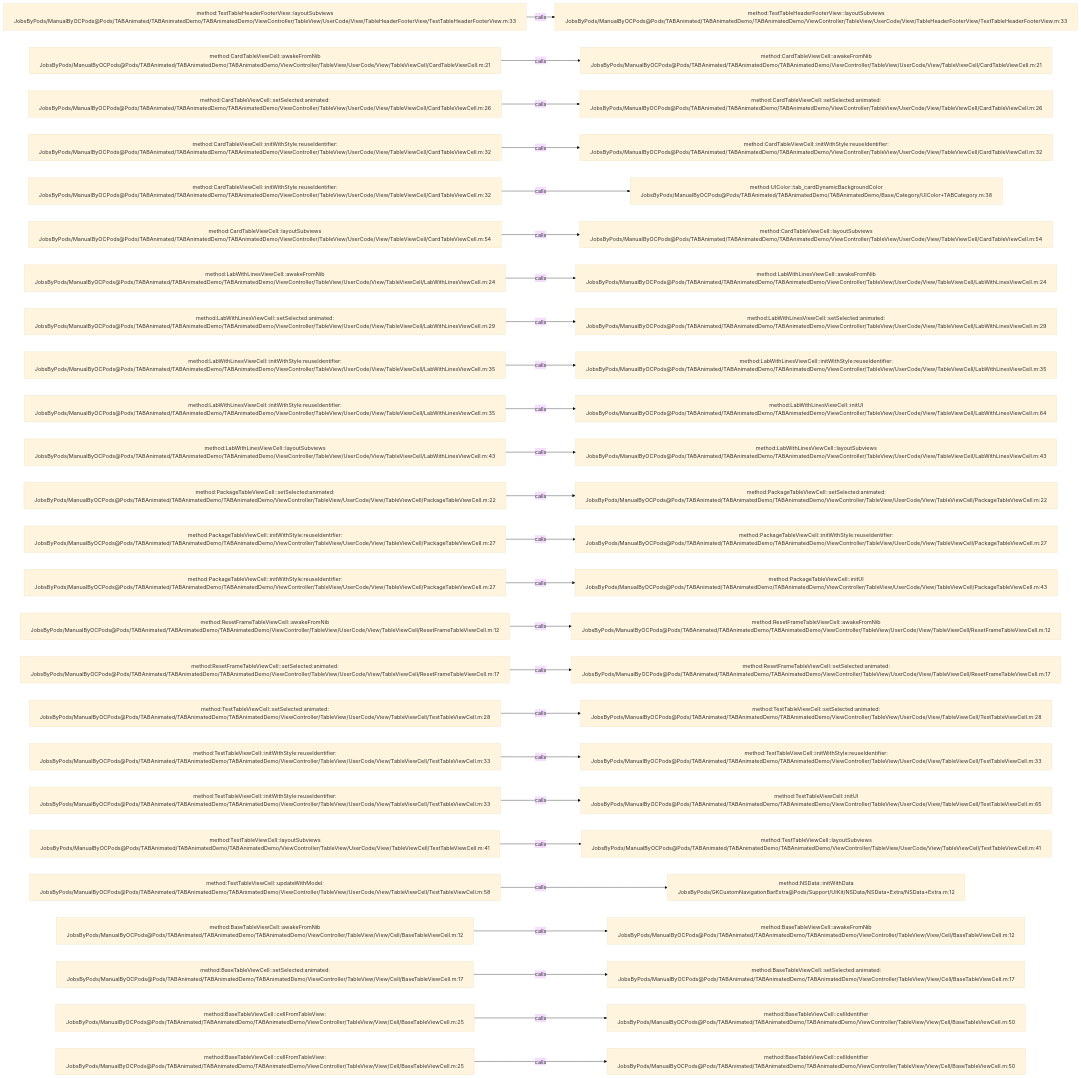
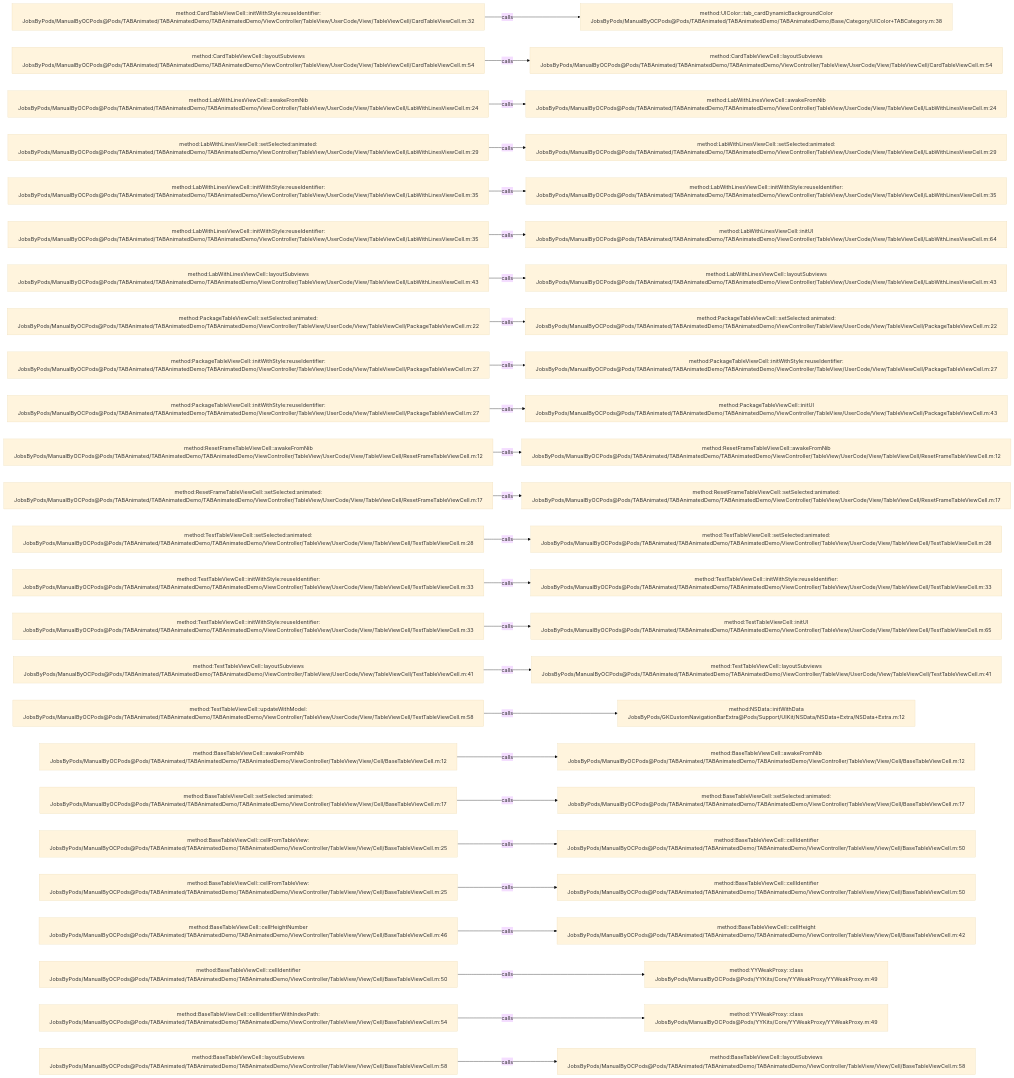
Before and after one commit to JobsKits/JobsOCBaseConfigDemo: the diagram in .codegraph/codegraph.md/graphs/calls-064.md, drawn with Mermaid (base theme). The commit also changed 727 other files, not shown here.

````diff
--- a/.codegraph/codegraph.md/graphs/calls-064.md
+++ b/.codegraph/codegraph.md/graphs/calls-064.md
@@ -13,78 +13,78 @@
 ```mermaid
 flowchart LR
-  S1["method:TestTableHeaderFooterView::layoutSubviews<br/>JobsByPods/ManualByOCPods@Pods/TABAnimated/TABAnimatedDemo/TABAnimatedDemo/ViewController/TableView/UserCode/View/TableHeaderFooterView/TestTableHeaderFooterView.m:33"]
-  T1["method:TestTableHeaderFooterView::layoutSubviews<br/>JobsByPods/ManualByOCPods@Pods/TABAnimated/TABAnimatedDemo/TABAnimatedDemo/ViewController/TableView/UserCode/View/TableHeaderFooterView/TestTableHeaderFooterView.m:33"]
+  S1["method:CardTableViewCell::initWithStyle:reuseIdentifier:<br/>JobsByPods/ManualByOCPods@Pods/TABAnimated/TABAnimatedDemo/TABAnimatedDemo/ViewController/TableView/UserCode/View/TableViewCell/CardTableViewCell.m:32"]
+  T1["method:UIColor::tab_cardDynamicBackgroundColor<br/>JobsByPods/ManualByOCPods@Pods/TABAnimated/TABAnimatedDemo/TABAnimatedDemo/Base/Category/UIColor+TABCategory.m:38"]
   S1 -->|calls| T1
-  S2["method:CardTableViewCell::awakeFromNib<br/>JobsByPods/ManualByOCPods@Pods/TABAnimated/TABAnimatedDemo/TABAnimatedDemo/ViewController/TableView/UserCode/View/TableViewCell/CardTableViewCell.m:21"]
-  T2["method:CardTableViewCell::awakeFromNib<br/>JobsByPods/ManualByOCPods@Pods/TABAnimated/TABAnimatedDemo/TABAnimatedDemo/ViewController/TableView/UserCode/View/TableViewCell/CardTableViewCell.m:21"]
+  S2["method:CardTableViewCell::layoutSubviews<br/>JobsByPods/ManualByOCPods@Pods/TABAnimated/TABAnimatedDemo/TABAnimatedDemo/ViewController/TableView/UserCode/View/TableViewCell/CardTableViewCell.m:54"]
+  T2["method:CardTableViewCell::layoutSubviews<br/>JobsByPods/ManualByOCPods@Pods/TABAnimated/TABAnimatedDemo/TABAnimatedDemo/ViewController/TableView/UserCode/View/TableViewCell/CardTableViewCell.m:54"]
   S2 -->|calls| T2
-  S3["method:CardTableViewCell::setSelected:animated:<br/>JobsByPods/ManualByOCPods@Pods/TABAnimated/TABAnimatedDemo/TABAnimatedDemo/ViewController/TableView/UserCode/View/TableViewCell/CardTableViewCell.m:26"]
-  T3["method:CardTableViewCell::setSelected:animated:<br/>JobsByPods/ManualByOCPods@Pods/TABAnimated/TABAnimatedDemo/TABAnimatedDemo/ViewController/TableView/UserCode/View/TableViewCell/CardTableViewCell.m:26"]
+  S3["method:LabWithLinesViewCell::awakeFromNib<br/>JobsByPods/ManualByOCPods@Pods/TABAnimated/TABAnimatedDemo/TABAnimatedDemo/ViewController/TableView/UserCode/View/TableViewCell/LabWithLinesViewCell.m:24"]
+  T3["method:LabWithLinesViewCell::awakeFromNib<br/>JobsByPods/ManualByOCPods@Pods/TABAnimated/TABAnimatedDemo/TABAnimatedDemo/ViewController/TableView/UserCode/View/TableViewCell/LabWithLinesViewCell.m:24"]
   S3 -->|calls| T3
-  S4["method:CardTableViewCell::initWithStyle:reuseIdentifier:<br/>JobsByPods/ManualByOCPods@Pods/TABAnimated/TABAnimatedDemo/TABAnimatedDemo/ViewController/TableView/UserCode/View/TableViewCell/CardTableViewCell.m:32"]
-  T4["method:CardTableViewCell::initWithStyle:reuseIdentifier:<br/>JobsByPods/ManualByOCPods@Pods/TABAnimated/TABAnimatedDemo/TABAnimatedDemo/ViewController/TableView/UserCode/View/TableViewCell/CardTableViewCell.m:32"]
+  S4["method:LabWithLinesViewCell::setSelected:animated:<br/>JobsByPods/ManualByOCPods@Pods/TABAnimated/TABAnimatedDemo/TABAnimatedDemo/ViewController/TableView/UserCode/View/TableViewCell/LabWithLinesViewCell.m:29"]
+  T4["method:LabWithLinesViewCell::setSelected:animated:<br/>JobsByPods/ManualByOCPods@Pods/TABAnimated/TABAnimatedDemo/TABAnimatedDemo/ViewController/TableView/UserCode/View/TableViewCell/LabWithLinesViewCell.m:29"]
   S4 -->|calls| T4
-  S5["method:CardTableViewCell::initWithStyle:reuseIdentifier:<br/>JobsByPods/ManualByOCPods@Pods/TABAnimated/TABAnimatedDemo/TABAnimatedDemo/ViewController/TableView/UserCode/View/TableViewCell/CardTableViewCell.m:32"]
-  T5["method:UIColor::tab_cardDynamicBackgroundColor<br/>JobsByPods/ManualByOCPods@Pods/TABAnimated/TABAnimatedDemo/TABAnimatedDemo/Base/Category/UIColor+TABCategory.m:38"]
+  S5["method:LabWithLinesViewCell::initWithStyle:reuseIdentifier:<br/>JobsByPods/ManualByOCPods@Pods/TABAnimated/TABAnimatedDemo/TABAnimatedDemo/ViewController/TableView/UserCode/View/TableViewCell/LabWithLinesViewCell.m:35"]
+  T5["method:LabWithLinesViewCell::initWithStyle:reuseIdentifier:<br/>JobsByPods/ManualByOCPods@Pods/TABAnimated/TABAnimatedDemo/TABAnimatedDemo/ViewController/TableView/UserCode/View/TableViewCell/LabWithLinesViewCell.m:35"]
   S5 -->|calls| T5
-  S6["method:CardTableViewCell::layoutSubviews<br/>JobsByPods/ManualByOCPods@Pods/TABAnimated/TABAnimatedDemo/TABAnimatedDemo/ViewController/TableView/UserCode/View/TableViewCell/CardTableViewCell.m:54"]
-  T6["method:CardTableViewCell::layoutSubviews<br/>JobsByPods/ManualByOCPods@Pods/TABAnimated/TABAnimatedDemo/TABAnimatedDemo/ViewController/TableView/UserCode/View/TableViewCell/CardTableViewCell.m:54"]
+  S6["method:LabWithLinesViewCell::initWithStyle:reuseIdentifier:<br/>JobsByPods/ManualByOCPods@Pods/TABAnimated/TABAnimatedDemo/TABAnimatedDemo/ViewController/TableView/UserCode/View/TableViewCell/LabWithLinesViewCell.m:35"]
+  T6["method:LabWithLinesViewCell::initUI<br/>JobsByPods/ManualByOCPods@Pods/TABAnimated/TABAnimatedDemo/TABAnimatedDemo/ViewController/TableView/UserCode/View/TableViewCell/LabWithLinesViewCell.m:64"]
   S6 -->|calls| T6
-  S7["method:LabWithLinesViewCell::awakeFromNib<br/>JobsByPods/ManualByOCPods@Pods/TABAnimated/TABAnimatedDemo/TABAnimatedDemo/ViewController/TableView/UserCode/View/TableViewCell/LabWithLinesViewCell.m:24"]
-  T7["method:LabWithLinesViewCell::awakeFromNib<br/>JobsByPods/ManualByOCPods@Pods/TABAnimated/TABAnimatedDemo/TABAnimatedDemo/ViewController/TableView/UserCode/View/TableViewCell/LabWithLinesViewCell.m:24"]
+  S7["method:LabWithLinesViewCell::layoutSubviews<br/>JobsByPods/ManualByOCPods@Pods/TABAnimated/TABAnimatedDemo/TABAnimatedDemo/ViewController/TableView/UserCode/View/TableViewCell/LabWithLinesViewCell.m:43"]
+  T7["method:LabWithLinesViewCell::layoutSubviews<br/>JobsByPods/ManualByOCPods@Pods/TABAnimated/TABAnimatedDemo/TABAnimatedDemo/ViewController/TableView/UserCode/View/TableViewCell/LabWithLinesViewCell.m:43"]
   S7 -->|calls| T7
-  S8["method:LabWithLinesViewCell::setSelected:animated:<br/>JobsByPods/ManualByOCPods@Pods/TABAnimated/TABAnimatedDemo/TABAnimatedDemo/ViewController/TableView/UserCode/View/TableViewCell/LabWithLinesViewCell.m:29"]
-  T8["method:LabWithLinesViewCell::setSelected:animated:<br/>JobsByPods/ManualByOCPods@Pods/TABAnimated/TABAnimatedDemo/TABAnimatedDemo/ViewController/TableView/UserCode/View/TableViewCell/LabWithLinesViewCell.m:29"]
+  S8["method:PackageTableViewCell::setSelected:animated:<br/>JobsByPods/ManualByOCPods@Pods/TABAnimated/TABAnimatedDemo/TABAnimatedDemo/ViewController/TableView/UserCode/View/TableViewCell/PackageTableViewCell.m:22"]
+  T8["method:PackageTableViewCell::setSelected:animated:<br/>JobsByPods/ManualByOCPods@Pods/TABAnimated/TABAnimatedDemo/TABAnimatedDemo/ViewController/TableView/UserCode/View/TableViewCell/PackageTableViewCell.m:22"]
   S8 -->|calls| T8
-  S9["method:LabWithLinesViewCell::initWithStyle:reuseIdentifier:<br/>JobsByPods/ManualByOCPods@Pods/TABAnimated/TABAnimatedDemo/TABAnimatedDemo/ViewController/TableView/UserCode/View/TableViewCell/LabWithLinesViewCell.m:35"]
-  T9["method:LabWithLinesViewCell::initWithStyle:reuseIdentifier:<br/>JobsByPods/ManualByOCPods@Pods/TABAnimated/TABAnimatedDemo/TABAnimatedDemo/ViewController/TableView/UserCode/View/TableViewCell/LabWithLinesViewCell.m:35"]
+  S9["method:PackageTableViewCell::initWithStyle:reuseIdentifier:<br/>JobsByPods/ManualByOCPods@Pods/TABAnimated/TABAnimatedDemo/TABAnimatedDemo/ViewController/TableView/UserCode/View/TableViewCell/PackageTableViewCell.m:27"]
+  T9["method:PackageTableViewCell::initWithStyle:reuseIdentifier:<br/>JobsByPods/ManualByOCPods@Pods/TABAnimated/TABAnimatedDemo/TABAnimatedDemo/ViewController/TableView/UserCode/View/TableViewCell/PackageTableViewCell.m:27"]
   S9 -->|calls| T9
-  S10["method:LabWithLinesViewCell::initWithStyle:reuseIdentifier:<br/>JobsByPods/ManualByOCPods@Pods/TABAnimated/TABAnimatedDemo/TABAnimatedDemo/ViewController/TableView/UserCode/View/TableViewCell/LabWithLinesViewCell.m:35"]
-  T10["method:LabWithLinesViewCell::initUI<br/>JobsByPods/ManualByOCPods@Pods/TABAnimated/TABAnimatedDemo/TABAnimatedDemo/ViewController/TableView/UserCode/View/TableViewCell/LabWithLinesViewCell.m:64"]
+  S10["method:PackageTableViewCell::initWithStyle:reuseIdentifier:<br/>JobsByPods/ManualByOCPods@Pods/TABAnimated/TABAnimatedDemo/TABAnimatedDemo/ViewController/TableView/UserCode/View/TableViewCell/PackageTableViewCell.m:27"]
+  T10["method:PackageTableViewCell::initUI<br/>JobsByPods/ManualByOCPods@Pods/TABAnimated/TABAnimatedDemo/TABAnimatedDemo/ViewController/TableView/UserCode/View/TableViewCell/PackageTableViewCell.m:43"]
   S10 -->|calls| T10
-  S11["method:LabWithLinesViewCell::layoutSubviews<br/>JobsByPods/ManualByOCPods@Pods/TABAnimated/TABAnimatedDemo/TABAnimatedDemo/ViewController/TableView/UserCode/View/TableViewCell/LabWithLinesViewCell.m:43"]
-  T11["method:LabWithLinesViewCell::layoutSubviews<br/>JobsByPods/ManualByOCPods@Pods/TABAnimated/TABAnimatedDemo/TABAnimatedDemo/ViewController/TableView/UserCode/View/TableViewCell/LabWithLinesViewCell.m:43"]
+  S11["method:ResetFrameTableViewCell::awakeFromNib<br/>JobsByPods/ManualByOCPods@Pods/TABAnimated/TABAnimatedDemo/TABAnimatedDemo/ViewController/TableView/UserCode/View/TableViewCell/ResetFrameTableViewCell.m:12"]
+  T11["method:ResetFrameTableViewCell::awakeFromNib<br/>JobsByPods/ManualByOCPods@Pods/TABAnimated/TABAnimatedDemo/TABAnimatedDemo/ViewController/TableView/UserCode/View/TableViewCell/ResetFrameTableViewCell.m:12"]
   S11 -->|calls| T11
-  S12["method:PackageTableViewCell::setSelected:animated:<br/>JobsByPods/ManualByOCPods@Pods/TABAnimated/TABAnimatedDemo/TABAnimatedDemo/ViewController/TableView/UserCode/View/TableViewCell/PackageTableViewCell.m:22"]
-  T12["method:PackageTableViewCell::setSelected:animated:<br/>JobsByPods/ManualByOCPods@Pods/TABAnimated/TABAnimatedDemo/TABAnimatedDemo/ViewController/TableView/UserCode/View/TableViewCell/PackageTableViewCell.m:22"]
+  S12["method:ResetFrameTableViewCell::setSelected:animated:<br/>JobsByPods/ManualByOCPods@Pods/TABAnimated/TABAnimatedDemo/TABAnimatedDemo/ViewController/TableView/UserCode/View/TableViewCell/ResetFrameTableViewCell.m:17"]
+  T12["method:ResetFrameTableViewCell::setSelected:animated:<br/>JobsByPods/ManualByOCPods@Pods/TABAnimated/TABAnimatedDemo/TABAnimatedDemo/ViewController/TableView/UserCode/View/TableViewCell/ResetFrameTableViewCell.m:17"]
   S12 -->|calls| T12
-  S13["method:PackageTableViewCell::initWithStyle:reuseIdentifier:<br/>JobsByPods/ManualByOCPods@Pods/TABAnimated/TABAnimatedDemo/TABAnimatedDemo/ViewController/TableView/UserCode/View/TableViewCell/PackageTableViewCell.m:27"]
-  T13["method:PackageTableViewCell::initWithStyle:reuseIdentifier:<br/>JobsByPods/ManualByOCPods@Pods/TABAnimated/TABAnimatedDemo/TABAnimatedDemo/ViewController/TableView/UserCode/View/TableViewCell/PackageTableViewCell.m:27"]
+  S13["method:TestTableViewCell::setSelected:animated:<br/>JobsByPods/ManualByOCPods@Pods/TABAnimated/TABAnimatedDemo/TABAnimatedDemo/ViewController/TableView/UserCode/View/TableViewCell/TestTableViewCell.m:28"]
+  T13["method:TestTableViewCell::setSelected:animated:<br/>JobsByPods/ManualByOCPods@Pods/TABAnimated/TABAnimatedDemo/TABAnimatedDemo/ViewController/TableView/UserCode/View/TableViewCell/TestTableViewCell.m:28"]
   S13 -->|calls| T13
-  S14["method:PackageTableViewCell::initWithStyle:reuseIdentifier:<br/>JobsByPods/ManualByOCPods@Pods/TABAnimated/TABAnimatedDemo/TABAnimatedDemo/ViewController/TableView/UserCode/View/TableViewCell/PackageTableViewCell.m:27"]
-  T14["method:PackageTableViewCell::initUI<br/>JobsByPods/ManualByOCPods@Pods/TABAnimated/TABAnimatedDemo/TABAnimatedDemo/ViewController/TableView/UserCode/View/TableViewCell/PackageTableViewCell.m:43"]
+  S14["method:TestTableViewCell::initWithStyle:reuseIdentifier:<br/>JobsByPods/ManualByOCPods@Pods/TABAnimated/TABAnimatedDemo/TABAnimatedDemo/ViewController/TableView/UserCode/View/TableViewCell/TestTableViewCell.m:33"]
+  T14["method:TestTableViewCell::initWithStyle:reuseIdentifier:<br/>JobsByPods/ManualByOCPods@Pods/TABAnimated/TABAnimatedDemo/TABAnimatedDemo/ViewController/TableView/UserCode/View/TableViewCell/TestTableViewCell.m:33"]
   S14 -->|calls| T14
-  S15["method:ResetFrameTableViewCell::awakeFromNib<br/>JobsByPods/ManualByOCPods@Pods/TABAnimated/TABAnimatedDemo/TABAnimatedDemo/ViewController/TableView/UserCode/View/TableViewCell/ResetFrameTableViewCell.m:12"]
-  T15["method:ResetFrameTableViewCell::awakeFromNib<br/>JobsByPods/ManualByOCPods@Pods/TABAnimated/TABAnimatedDemo/TABAnimatedDemo/ViewController/TableView/UserCode/View/TableViewCell/ResetFrameTableViewCell.m:12"]
+  S15["method:TestTableViewCell::initWithStyle:reuseIdentifier:<br/>JobsByPods/ManualByOCPods@Pods/TABAnimated/TABAnimatedDemo/TABAnimatedDemo/ViewController/TableView/UserCode/View/TableViewCell/TestTableViewCell.m:33"]
+  T15["method:TestTableViewCell::initUI<br/>JobsByPods/ManualByOCPods@Pods/TABAnimated/TABAnimatedDemo/TABAnimatedDemo/ViewController/TableView/UserCode/View/TableViewCell/TestTableViewCell.m:65"]
   S15 -->|calls| T15
-  S16["method:ResetFrameTableViewCell::setSelected:animated:<br/>JobsByPods/ManualByOCPods@Pods/TABAnimated/TABAnimatedDemo/TABAnimatedDemo/ViewController/TableView/UserCode/View/TableViewCell/ResetFrameTableViewCell.m:17"]
-  T16["method:ResetFrameTableViewCell::setSelected:animated:<br/>JobsByPods/ManualByOCPods@Pods/TABAnimated/TABAnimatedDemo/TABAnimatedDemo/ViewController/TableView/UserCode/View/TableViewCell/ResetFrameTableViewCell.m:17"]
+  S16["method:TestTableViewCell::layoutSubviews<br/>JobsByPods/ManualByOCPods@Pods/TABAnimated/TABAnimatedDemo/TABAnimatedDemo/ViewController/TableView/UserCode/View/TableViewCell/TestTableViewCell.m:41"]
+  T16["method:TestTableViewCell::layoutSubviews<br/>JobsByPods/ManualByOCPods@Pods/TABAnimated/TABAnimatedDemo/TABAnimatedDemo/ViewController/TableView/UserCode/View/TableViewCell/TestTableViewCell.m:41"]
   S16 -->|calls| T16
-  S17["method:TestTableViewCell::setSelected:animated:<br/>JobsByPods/ManualByOCPods@Pods/TABAnimated/TABAnimatedDemo/TABAnimatedDemo/ViewController/TableView/UserCode/View/TableViewCell/TestTableViewCell.m:28"]
-  T17["method:TestTableViewCell::setSelected:animated:<br/>JobsByPods/ManualByOCPods@Pods/TABAnimated/TABAnimatedDemo/TABAnimatedDemo/ViewController/TableView/UserCode/View/TableViewCell/TestTableViewCell.m:28"]
+  S17["method:TestTableViewCell::updateWithModel:<br/>JobsByPods/ManualByOCPods@Pods/TABAnimated/TABAnimatedDemo/TABAnimatedDemo/ViewController/TableView/UserCode/View/TableViewCell/TestTableViewCell.m:58"]
+  T17["method:NSData::initWithData<br/>JobsByPods/GKCustomNavigationBarExtra@Pods/Support/UIKit/NSData/NSData+Extra/NSData+Extra.m:12"]
   S17 -->|calls| T17
-  S18["method:TestTableViewCell::initWithStyle:reuseIdentifier:<br/>JobsByPods/ManualByOCPods@Pods/TABAnimated/TABAnimatedDemo/TABAnimatedDemo/ViewController/TableView/UserCode/View/TableViewCell/TestTableViewCell.m:33"]
-  T18["method:TestTableViewCell::initWithStyle:reuseIdentifier:<br/>JobsByPods/ManualByOCPods@Pods/TABAnimated/TABAnimatedDemo/TABAnimatedDemo/ViewController/TableView/UserCode/View/TableViewCell/TestTableViewCell.m:33"]
+  S18["method:BaseTableViewCell::awakeFromNib<br/>JobsByPods/ManualByOCPods@Pods/TABAnimated/TABAnimatedDemo/TABAnimatedDemo/ViewController/TableView/View/Cell/BaseTableViewCell.m:12"]
+  T18["method:BaseTableViewCell::awakeFromNib<br/>JobsByPods/ManualByOCPods@Pods/TABAnimated/TABAnimatedDemo/TABAnimatedDemo/ViewController/TableView/View/Cell/BaseTableViewCell.m:12"]
   S18 -->|calls| T18
-  S19["method:TestTableViewCell::initWithStyle:reuseIdentifier:<br/>JobsByPods/ManualByOCPods@Pods/TABAnimated/TABAnimatedDemo/TABAnimatedDemo/ViewController/TableView/UserCode/View/TableViewCell/TestTableViewCell.m:33"]
-  T19["method:TestTableViewCell::initUI<br/>JobsByPods/ManualByOCPods@Pods/TABAnimated/TABAnimatedDemo/TABAnimatedDemo/ViewController/TableView/UserCode/View/TableViewCell/TestTableViewCell.m:65"]
+  S19["method:BaseTableViewCell::setSelected:animated:<br/>JobsByPods/ManualByOCPods@Pods/TABAnimated/TABAnimatedDemo/TABAnimatedDemo/ViewController/TableView/View/Cell/BaseTableViewCell.m:17"]
+  T19["method:BaseTableViewCell::setSelected:animated:<br/>JobsByPods/ManualByOCPods@Pods/TABAnimated/TABAnimatedDemo/TABAnimatedDemo/ViewController/TableView/View/Cell/BaseTableViewCell.m:17"]
   S19 -->|calls| T19
-  S20["method:TestTableViewCell::layoutSubviews<br/>JobsByPods/ManualByOCPods@Pods/TABAnimated/TABAnimatedDemo/TABAnimatedDemo/ViewController/TableView/UserCode/View/TableViewCell/TestTableViewCell.m:41"]
-  T20["method:TestTableViewCell::layoutSubviews<br/>JobsByPods/ManualByOCPods@Pods/TABAnimated/TABAnimatedDemo/TABAnimatedDemo/ViewController/TableView/UserCode/View/TableViewCell/TestTableViewCell.m:41"]
+  S20["method:BaseTableViewCell::cellFromTableView:<br/>JobsByPods/ManualByOCPods@Pods/TABAnimated/TABAnimatedDemo/TABAnimatedDemo/ViewController/TableView/View/Cell/BaseTableViewCell.m:25"]
+  T20["method:BaseTableViewCell::cellIdentifier<br/>JobsByPods/ManualByOCPods@Pods/TABAnimated/TABAnimatedDemo/TABAnimatedDemo/ViewController/TableView/View/Cell/BaseTableViewCell.m:50"]
   S20 -->|calls| T20
-  S21["method:TestTableViewCell::updateWithModel:<br/>JobsByPods/ManualByOCPods@Pods/TABAnimated/TABAnimatedDemo/TABAnimatedDemo/ViewController/TableView/UserCode/View/TableViewCell/TestTableViewCell.m:58"]
-  T21["method:NSData::initWithData<br/>JobsByPods/GKCustomNavigationBarExtra@Pods/Support/UIKit/NSData/NSData+Extra/NSData+Extra.m:12"]
+  S21["method:BaseTableViewCell::cellFromTableView:<br/>JobsByPods/ManualByOCPods@Pods/TABAnimated/TABAnimatedDemo/TABAnimatedDemo/ViewController/TableView/View/Cell/BaseTableViewCell.m:25"]
+  T21["method:BaseTableViewCell::cellIdentifier<br/>JobsByPods/ManualByOCPods@Pods/TABAnimated/TABAnimatedDemo/TABAnimatedDemo/ViewController/TableView/View/Cell/BaseTableViewCell.m:50"]
   S21 -->|calls| T21
-  S22["method:BaseTableViewCell::awakeFromNib<br/>JobsByPods/ManualByOCPods@Pods/TABAnimated/TABAnimatedDemo/TABAnimatedDemo/ViewController/TableView/View/Cell/BaseTableViewCell.m:12"]
-  T22["method:BaseTableViewCell::awakeFromNib<br/>JobsByPods/ManualByOCPods@Pods/TABAnimated/TABAnimatedDemo/TABAnimatedDemo/ViewController/TableView/View/Cell/BaseTableViewCell.m:12"]
+  S22["method:BaseTableViewCell::cellHeightNumber<br/>JobsByPods/ManualByOCPods@Pods/TABAnimated/TABAnimatedDemo/TABAnimatedDemo/ViewController/TableView/View/Cell/BaseTableViewCell.m:46"]
+  T22["method:BaseTableViewCell::cellHeight<br/>JobsByPods/ManualByOCPods@Pods/TABAnimated/TABAnimatedDemo/TABAnimatedDemo/ViewController/TableView/View/Cell/BaseTableViewCell.m:42"]
   S22 -->|calls| T22
-  S23["method:BaseTableViewCell::setSelected:animated:<br/>JobsByPods/ManualByOCPods@Pods/TABAnimated/TABAnimatedDemo/TABAnimatedDemo/ViewController/TableView/View/Cell/BaseTableViewCell.m:17"]
-  T23["method:BaseTableViewCell::setSelected:animated:<br/>JobsByPods/ManualByOCPods@Pods/TABAnimated/TABAnimatedDemo/TABAnimatedDemo/ViewController/TableView/View/Cell/BaseTableViewCell.m:17"]
+  S23["method:BaseTableViewCell::cellIdentifier<br/>JobsByPods/ManualByOCPods@Pods/TABAnimated/TABAnimatedDemo/TABAnimatedDemo/ViewController/TableView/View/Cell/BaseTableViewCell.m:50"]
+  T23["method:YYWeakProxy::class<br/>JobsByPods/ManualByOCPods@Pods/YYKits/Core/YYWeakProxy/YYWeakProxy.m:49"]
   S23 -->|calls| T23
-  S24["method:BaseTableViewCell::cellFromTableView:<br/>JobsByPods/ManualByOCPods@Pods/TABAnimated/TABAnimatedDemo/TABAnimatedDemo/ViewController/TableView/View/Cell/BaseTableViewCell.m:25"]
-  T24["method:BaseTableViewCell::cellIdentifier<br/>JobsByPods/ManualByOCPods@Pods/TABAnimated/TABAnimatedDemo/TABAnimatedDemo/ViewController/TableView/View/Cell/BaseTableViewCell.m:50"]
+  S24["method:BaseTableViewCell::cellIdentifierWithIndexPath:<br/>JobsByPods/ManualByOCPods@Pods/TABAnimated/TABAnimatedDemo/TABAnimatedDemo/ViewController/TableView/View/Cell/BaseTableViewCell.m:54"]
+  T24["method:YYWeakProxy::class<br/>JobsByPods/ManualByOCPods@Pods/YYKits/Core/YYWeakProxy/YYWeakProxy.m:49"]
   S24 -->|calls| T24
-  S25["method:BaseTableViewCell::cellFromTableView:<br/>JobsByPods/ManualByOCPods@Pods/TABAnimated/TABAnimatedDemo/TABAnimatedDemo/ViewController/TableView/View/Cell/BaseTableViewCell.m:25"]
-  T25["method:BaseTableViewCell::cellIdentifier<br/>JobsByPods/ManualByOCPods@Pods/TABAnimated/TABAnimatedDemo/TABAnimatedDemo/ViewController/TableView/View/Cell/BaseTableViewCell.m:50"]
+  S25["method:BaseTableViewCell::layoutSubviews<br/>JobsByPods/ManualByOCPods@Pods/TABAnimated/TABAnimatedDemo/TABAnimatedDemo/ViewController/TableView/View/Cell/BaseTableViewCell.m:58"]
+  T25["method:BaseTableViewCell::layoutSubviews<br/>JobsByPods/ManualByOCPods@Pods/TABAnimated/TABAnimatedDemo/TABAnimatedDemo/ViewController/TableView/View/Cell/BaseTableViewCell.m:58"]
   S25 -->|calls| T25
 ```
````
